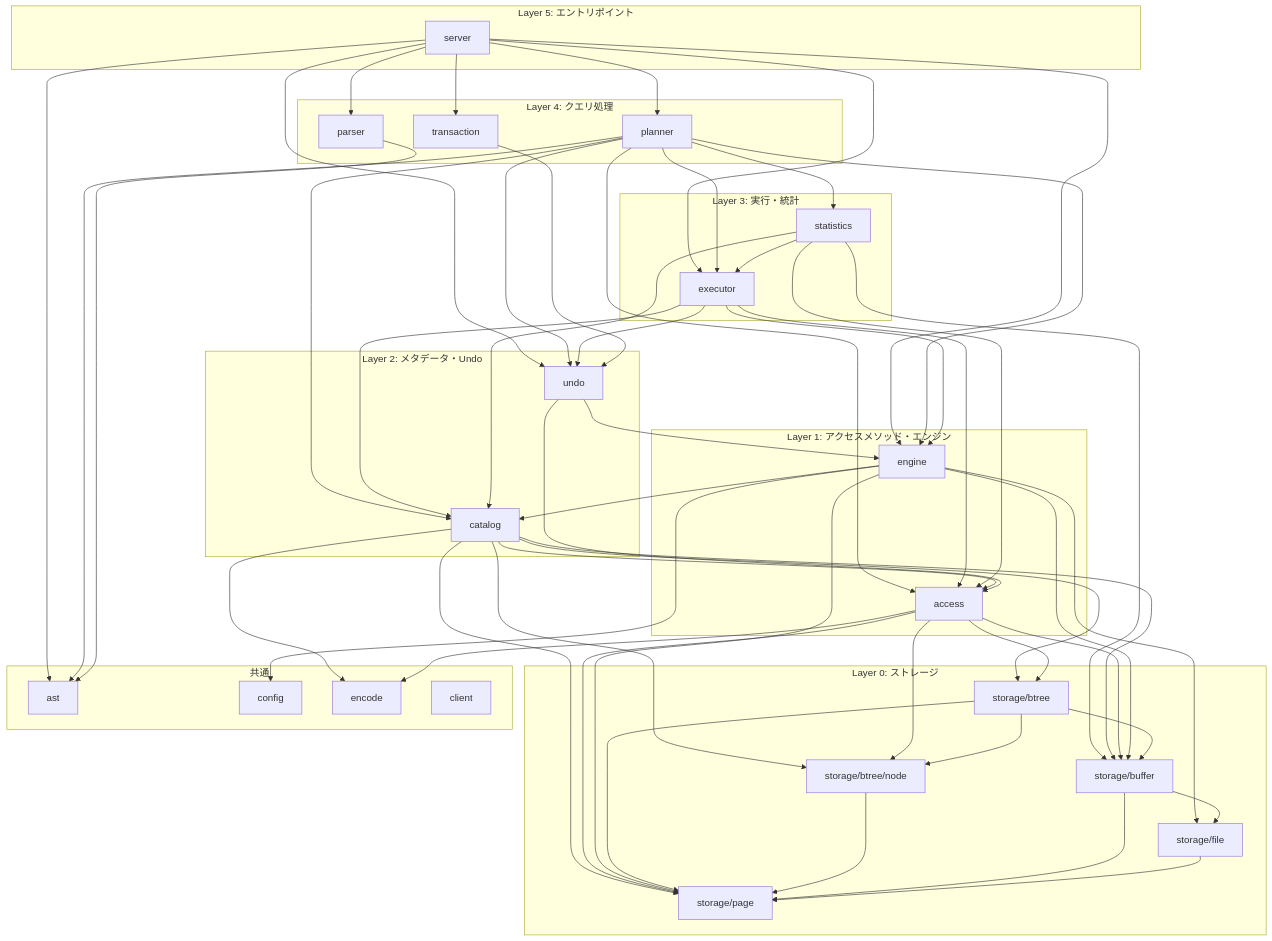
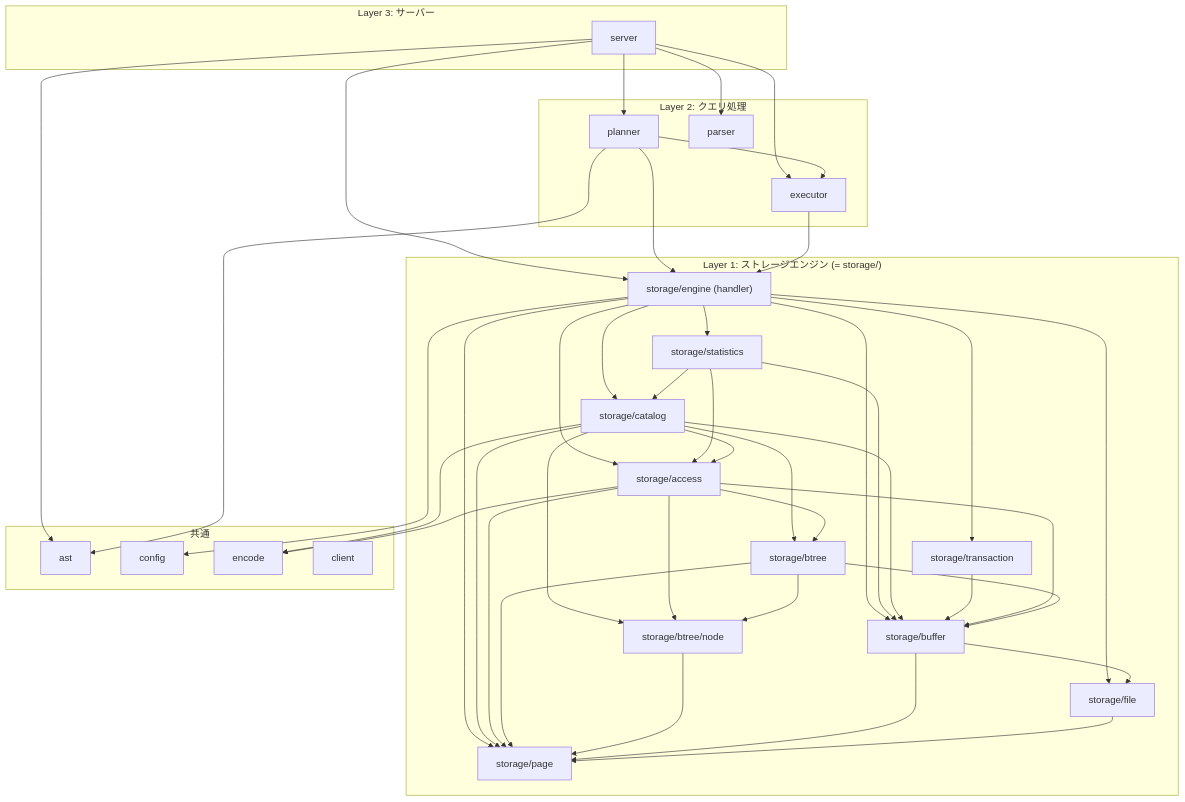
One commit to ren-yamanashi/minesql changed the second of 2 diagrams in docs/architecture/package-graph.md. Above: the diagram before and after it, drawn with Mermaid. The commit also changed other lines of this file and 53 other files, not shown here.

````diff
--- a/docs/architecture/package-graph.md
+++ b/docs/architecture/package-graph.md
@@ -75,57 +65,46 @@
 ```mermaid
 graph TD
-    subgraph "Layer 5: エントリポイント"
+    subgraph "Layer 3: サーバー"
         server
     end
 
-    subgraph "Layer 4: クエリ処理"
+    subgraph "Layer 2: クエリ処理"
         planner
         parser
-        transaction
+        executor
     end
 
-    subgraph "Layer 3: 実行・統計"
-        executor
-        statistics
-    end
-
-    subgraph "Layer 2: メタデータ・Undo"
-        catalog
-        undo
-    end
-
-    subgraph "Layer 1: アクセスメソッド・エンジン"
-        access
-        engine
-    end
-
-    subgraph "Layer 0: ストレージ"
+    subgraph "Layer 1: ストレージエンジン (= storage/)"
+        storage/engine["storage/engine (handler)"]
+        storage/statistics
+        storage/catalog
+        storage/transaction
+        storage/access
         storage/btree
         storage/btree/node
         storage/buffer
         storage/file
         storage/page
     end
 
     subgraph "共通"
         ast
         config
         encode
         client
     end
 
-    server --> planner & parser & executor & transaction & undo & engine & ast
-    planner --> executor & statistics & catalog & access & undo & ast & engine
-    executor --> catalog & access & engine & undo
-    statistics --> catalog & access & executor & storage/buffer
-    catalog --> access & encode & storage/btree & storage/btree/node & storage/buffer & storage/page
-    parser --> ast
-    transaction --> undo
-    undo --> access & engine
-    access --> encode & storage/btree & storage/btree/node & storage/buffer & storage/page
-    engine --> catalog & config & storage/buffer & storage/file & storage/page
+    server --> planner & parser & executor & storage/engine & ast
+    planner --> executor & storage/engine & ast
+    executor --> storage/engine
+
+    storage/engine --> storage/access & storage/catalog & storage/statistics & storage/transaction & storage/buffer & storage/file & storage/page & config
+    storage/statistics --> storage/access & storage/catalog & storage/buffer
+    storage/catalog --> storage/access & storage/btree & storage/btree/node & storage/buffer & storage/page & encode
+    storage/transaction --> storage/buffer
+    storage/access --> storage/btree & storage/btree/node & storage/buffer & storage/page & encode
     storage/btree --> storage/btree/node & storage/buffer & storage/page
     storage/btree/node --> storage/page
     storage/buffer --> storage/file & storage/page
     storage/file --> storage/page
 ```
````
